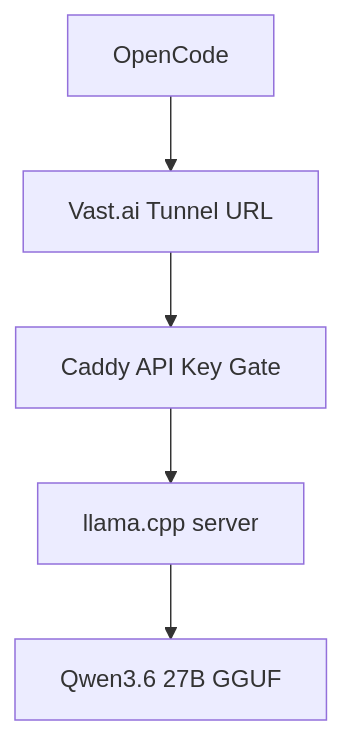
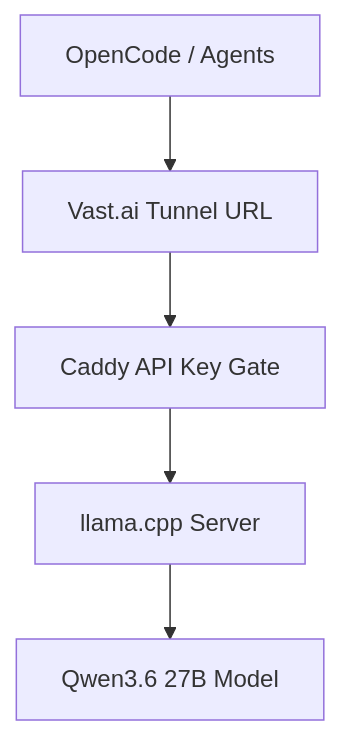
The first of 3 diagrams in Projects/vastai/how-to-run-server-latest.md (Pukujan/private-study-log), drawn with Mermaid before and after one commit. The commit also changed other lines of this file, not shown here.

````diff
--- a/Projects/vastai/how-to-run-server-latest.md
+++ b/Projects/vastai/how-to-run-server-latest.md
@@ -22,7 +32,7 @@
 ```mermaid
 flowchart TB
-    A[OpenCode] --> B[Vast.ai Tunnel URL]
+    A[OpenCode / Agents] --> B[Vast.ai Tunnel URL]
     B --> C[Caddy API Key Gate]
-    C --> D[llama.cpp server]
-    D --> E[Qwen3.6 27B GGUF]
+    C --> D[llama.cpp Server]
+    D --> E[Qwen3.6 27B Model]
 ```
````
